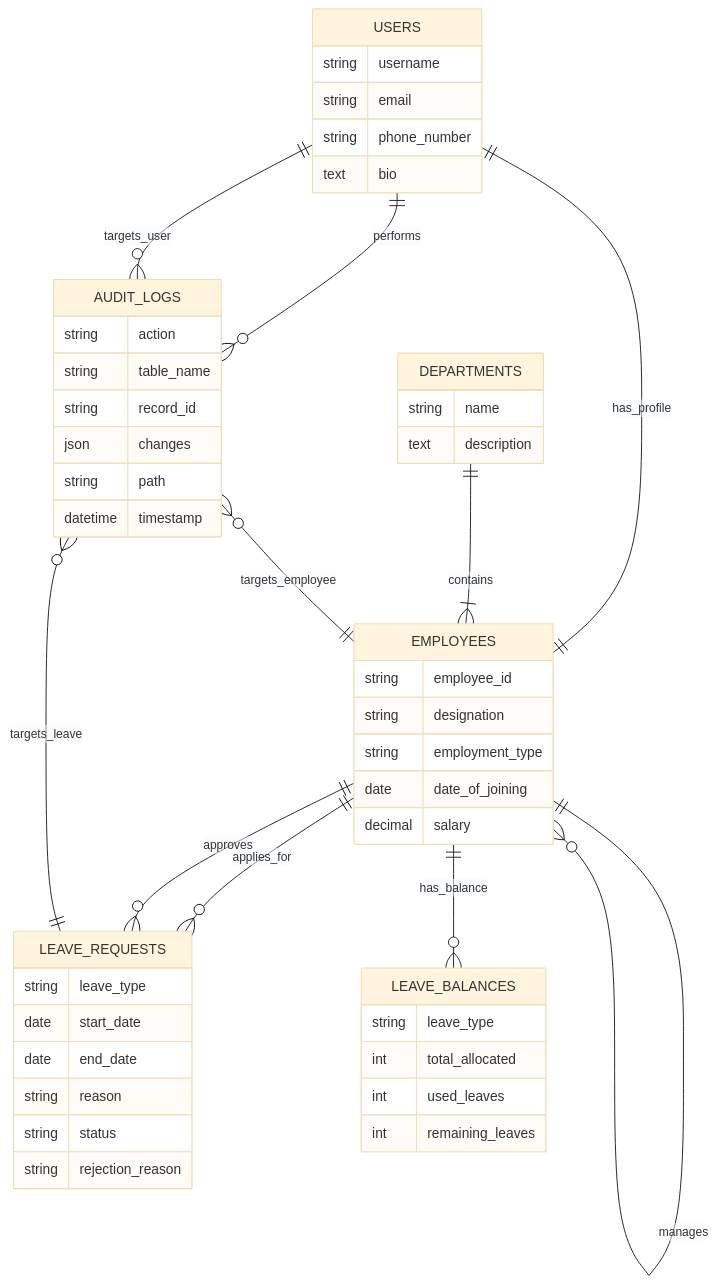
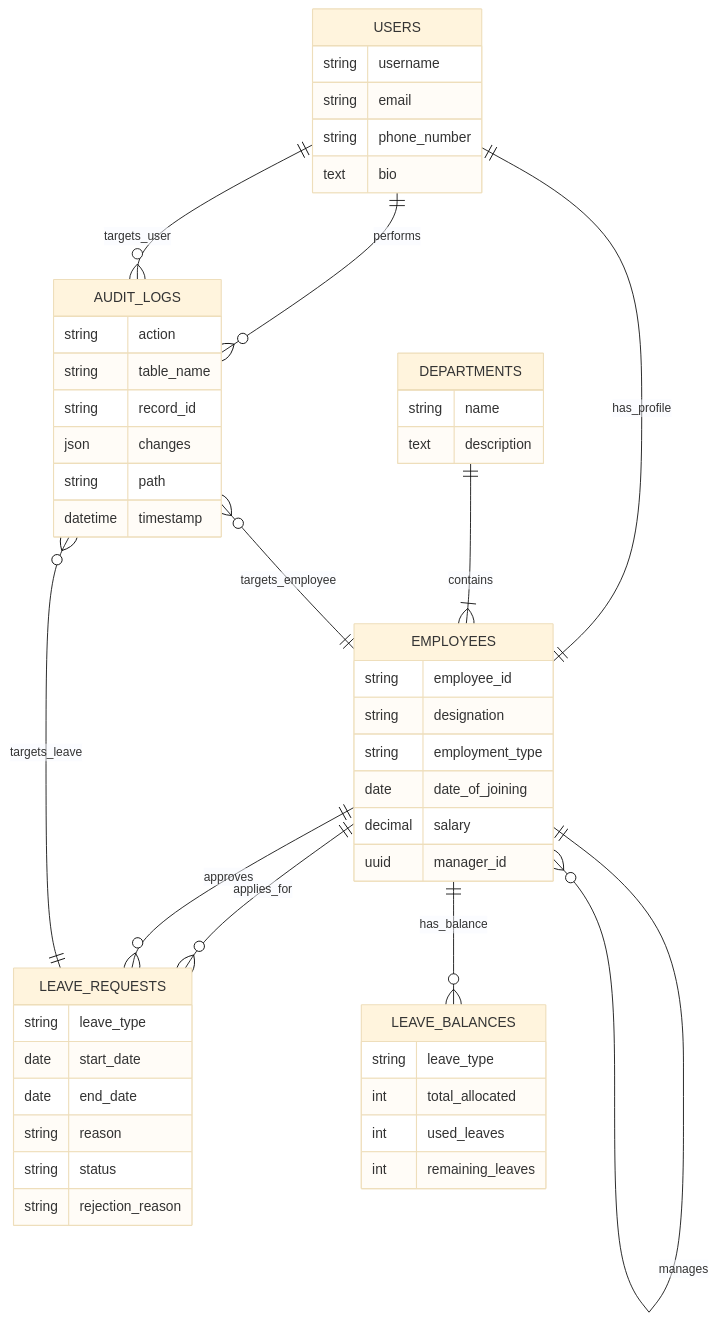
One commit to prthm2910/HRMS changed the diagram in README.md. Above: the diagram before and after it, drawn with Mermaid (base theme).

````diff
--- a/README.md
+++ b/README.md
@@ -48,60 +48,61 @@
 ```mermaid
 erDiagram
     USERS {
         string username
         string email
         string phone_number
         text bio
     }
 
     DEPARTMENTS {
         string name
         text description
     }
 
     EMPLOYEES {
         string employee_id
         string designation
         string employment_type
         date date_of_joining
         decimal salary
+        uuid manager_id
     }
 
     USERS ||--|| EMPLOYEES : has_profile
     DEPARTMENTS ||--|{ EMPLOYEES : contains
     EMPLOYEES ||--o{ EMPLOYEES : manages
 
     LEAVE_REQUESTS {
         string leave_type
         date start_date
         date end_date
         string reason
         string status
         string rejection_reason
     }
 
     LEAVE_BALANCES {
         string leave_type
         int total_allocated
         int used_leaves
         int remaining_leaves
     }
 
     EMPLOYEES ||--o{ LEAVE_REQUESTS : applies_for
     EMPLOYEES ||--o{ LEAVE_REQUESTS : approves
     EMPLOYEES ||--o{ LEAVE_BALANCES : has_balance
 
     AUDIT_LOGS {
         string action
         string table_name
         string record_id
         json changes
         string path
         datetime timestamp
     }
 
     USERS ||--o{ AUDIT_LOGS : performs
     AUDIT_LOGS }o--|| USERS : targets_user
     AUDIT_LOGS }o--|| EMPLOYEES : targets_employee
     AUDIT_LOGS }o--|| LEAVE_REQUESTS : targets_leave
 ```
````
